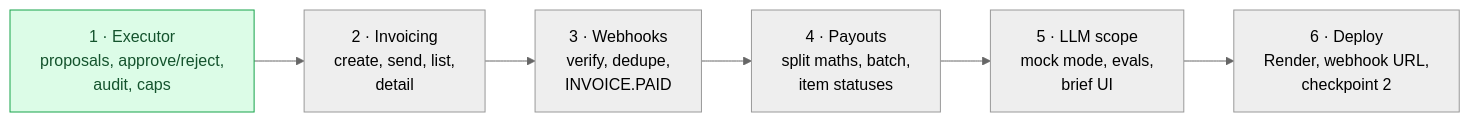
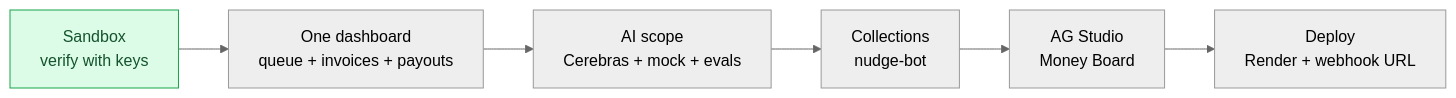
Before and after one commit to f-ei8ht/vizlify: the diagram in docs/09-project/status-and-roadmap.md, drawn with Mermaid (neutral theme). The commit also changed other lines of this file and 57 other files, not shown here.

Commit message:
feat(billing): add approval executor, invoicing, webhooks and payouts

````diff
--- a/docs/09-project/status-and-roadmap.md
+++ b/docs/09-project/status-and-roadmap.md
@@ -43,11 +51,11 @@
 ```mermaid
 flowchart LR
-    A["1 · Executor<br/>proposals, approve/reject,<br/>audit, caps"] --> B["2 · Invoicing<br/>create, send, list,<br/>detail"]
-    B --> C["3 · Webhooks<br/>verify, dedupe,<br/>INVOICE.PAID"]
-    C --> D["4 · Payouts<br/>split maths, batch,<br/>item statuses"]
-    D --> E["5 · LLM scope<br/>mock mode, evals,<br/>brief UI"]
-    E --> F["6 · Deploy<br/>Render, webhook URL,<br/>checkpoint 2"]
+    A["Sandbox<br/>verify with keys"] --> B["One dashboard<br/>queue + invoices + payouts"]
+    B --> C["AI scope<br/>Cerebras + mock + evals"]
+    C --> D["Collections<br/>nudge-bot"]
+    D --> E["AG Studio<br/>Money Board"]
+    E --> F["Deploy<br/>Render + webhook URL"]
 
     classDef now fill:#dcfce7,stroke:#16a34a,color:#14532d
     class A now
 ```
````
